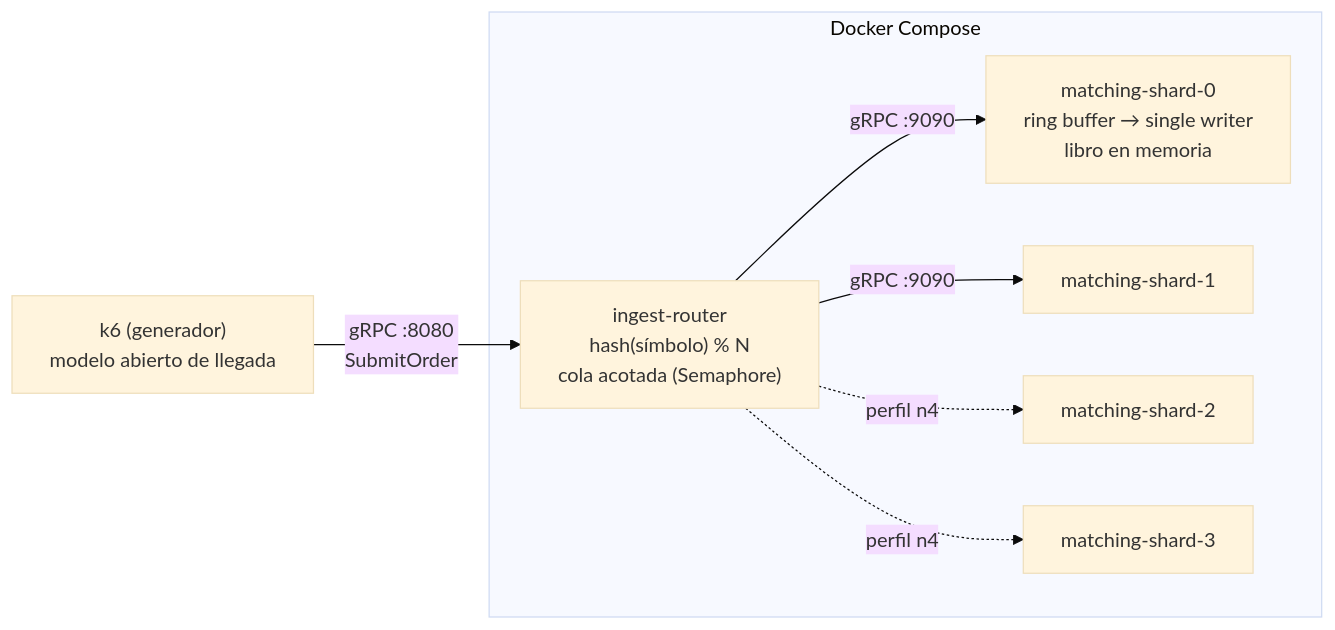
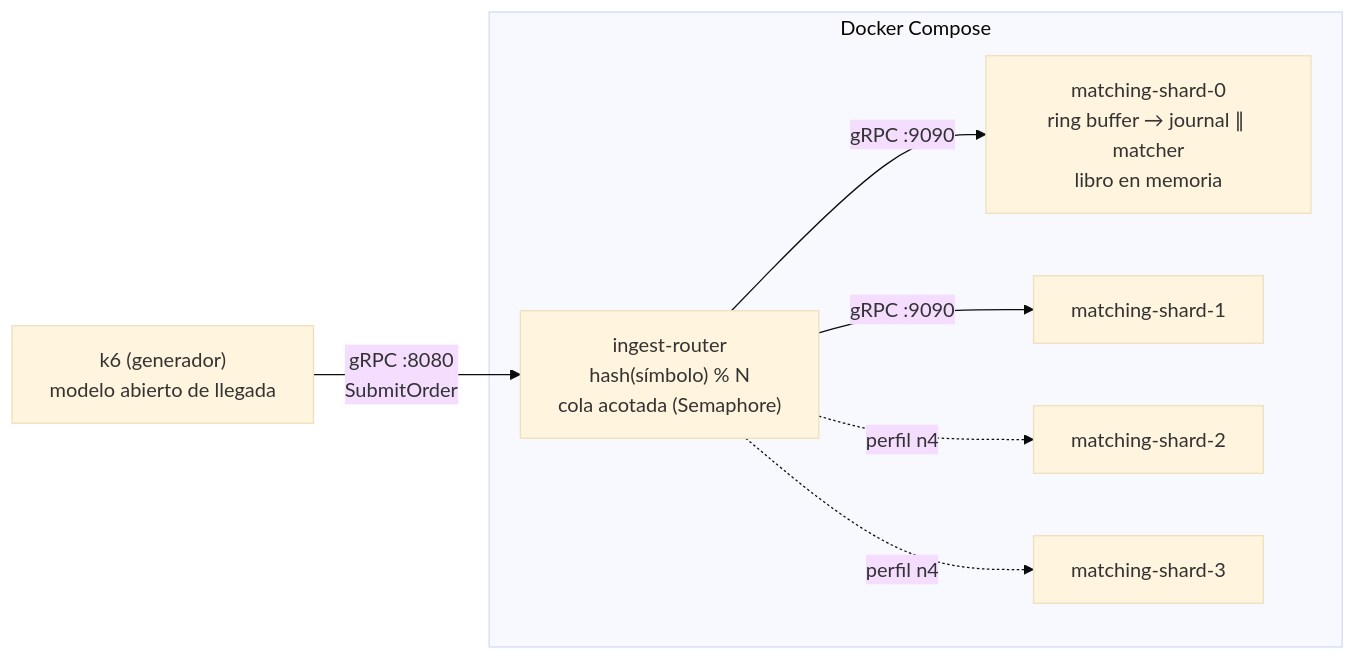
Before and after one commit to MATI-MBIT/arqsoft-reto-1: the diagram in docs/implementacion.md, drawn with Mermaid (base theme). The commit also changed other lines of this file and 7 other files, not shown here.

````diff
--- a/docs/implementacion.md
+++ b/docs/implementacion.md
@@ -14,11 +14,11 @@
 ```mermaid
 flowchart LR
     K6["k6 (generador)\nmodelo abierto de llegada"] -- "gRPC :8080\nSubmitOrder" --> R
     subgraph Docker Compose
       R["ingest-router\nhash(símbolo) % N\ncola acotada (Semaphore)"]
-      R -- "gRPC :9090" --> S0["matching-shard-0\nring buffer → single writer\nlibro en memoria"]
+      R -- "gRPC :9090" --> S0["matching-shard-0\nring buffer → journal ∥ matcher\nlibro en memoria"]
       R -- "gRPC :9090" --> S1["matching-shard-1"]
       R -. "perfil n4" .-> S2["matching-shard-2"]
       R -. "perfil n4" .-> S3["matching-shard-3"]
     end
 ```
````
